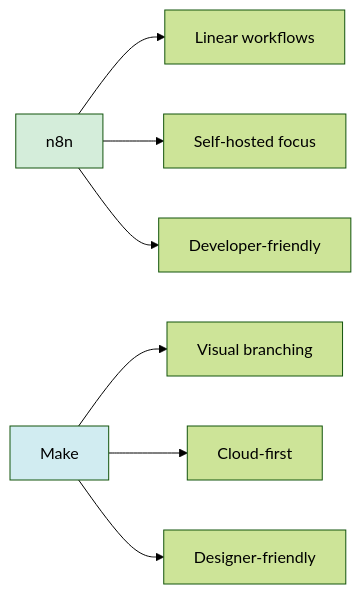
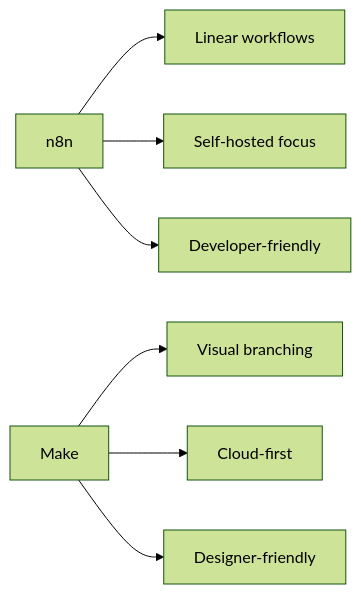
The third of 5 diagrams in lessons/01-foundations/resources/tool-comparison.md (wtoloza-dev/ZTH-n8n-Engineer), drawn with Mermaid (forest theme) before and after one commit. The commit also changed other lines of this file and 31 other files, not shown here.

````diff
--- a/lessons/01-foundations/resources/tool-comparison.md
+++ b/lessons/01-foundations/resources/tool-comparison.md
@@ -89,13 +87,11 @@
 ```mermaid
 graph LR
     A[n8n] --> B[Linear workflows]
     A --> C[Self-hosted focus]
     A --> D[Developer-friendly]
     
     E[Make] --> F[Visual branching]
     E --> G[Cloud-first]
     E --> H[Designer-friendly]
     
-    style A fill:#d4edda
-    style E fill:#d1ecf1
 ```
````
